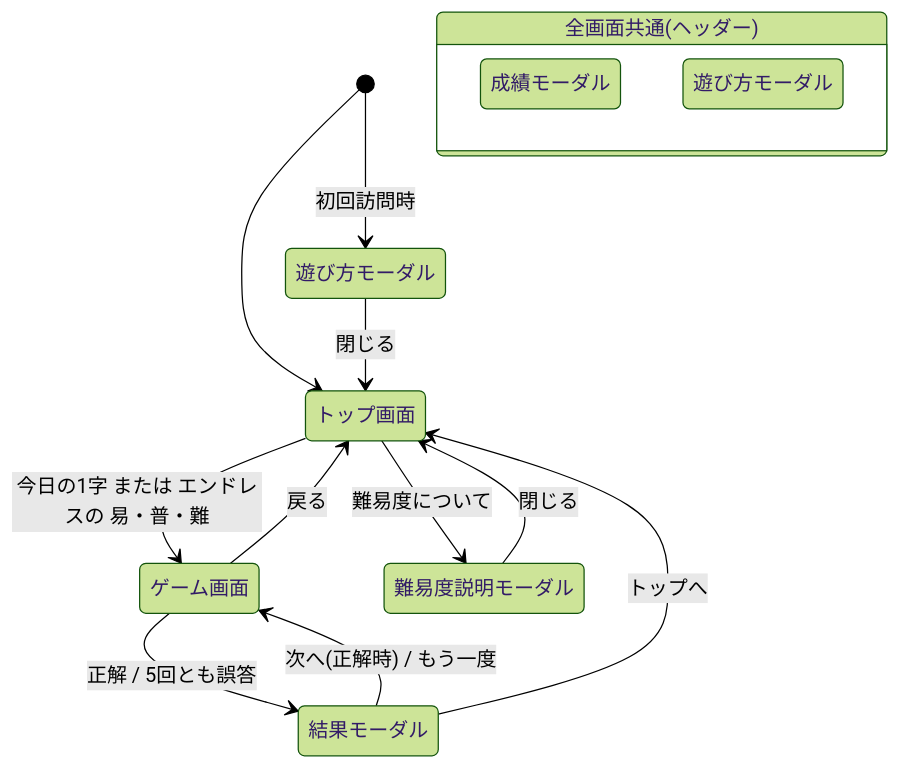
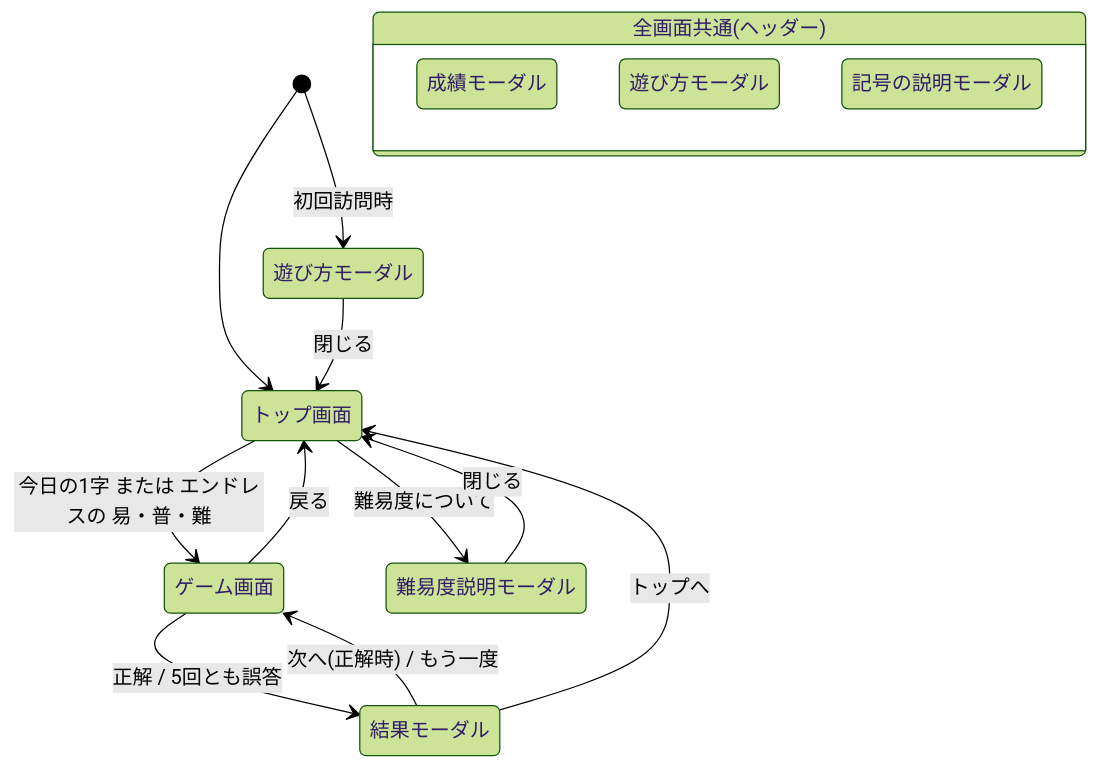
The diagram in specification/02-ui-and-screens.md (ur0o/nazotte-kanji), drawn with Mermaid (forest theme) before and after one commit. The commit also changed other lines of this file and 4 other files, not shown here.

````diff
--- a/specification/02-ui-and-screens.md
+++ b/specification/02-ui-and-screens.md
@@ -81,26 +90,27 @@
 ```mermaid
 stateDiagram-v2
     [*] --> Top
     [*] --> HowTo: 初回訪問時
     HowTo --> Top: 閉じる
 
     Top --> Game: 今日の1字 または エンドレスの 易・普・難
     Top --> DifficultyHelp: 難易度について
     DifficultyHelp --> Top: 閉じる
 
     Game --> Result: 正解 / 5回とも誤答
     Result --> Game: 次へ(正解時) / もう一度
     Result --> Top: トップへ
     Game --> Top: 戻る
 
     state "全画面共通(ヘッダー)" as Common {
         Stats: 成績モーダル
         HowTo2: 遊び方モーダル
+        Symbols: 記号の説明モーダル
     }
 
     Top: トップ画面
     Game: ゲーム画面
     Result: 結果モーダル
     HowTo: 遊び方モーダル
     DifficultyHelp: 難易度説明モーダル
 ```
````
